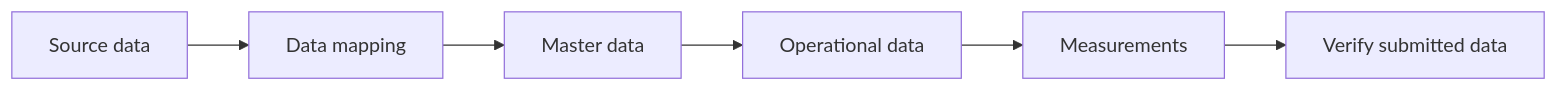
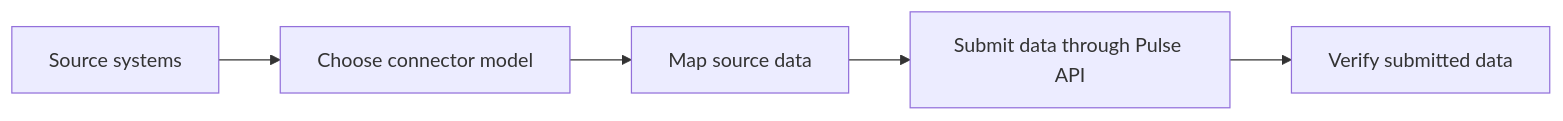
Before and after one commit to Tom-PIT/TomPIT.Pulse.Connector: the diagram in docs/getting-started/index.md, drawn with Mermaid. The commit also changed other lines of this file and 160 other files, not shown here.

````diff
--- a/docs/getting-started/index.md
+++ b/docs/getting-started/index.md
@@ -40,8 +41,7 @@
 ``` mermaid
 graph LR
-  A[Source data] --> B[Data mapping]
-  B --> C[Master data]
-  C --> D[Operational data]
-  D --> E[Measurements]
-  E --> F[Verify submitted data]
+  A[Source systems] --> B[Choose connector model]
+  B --> C[Map source data]
+  C --> D[Submit data through Pulse API]
+  D --> E[Verify submitted data]
 ```
````
